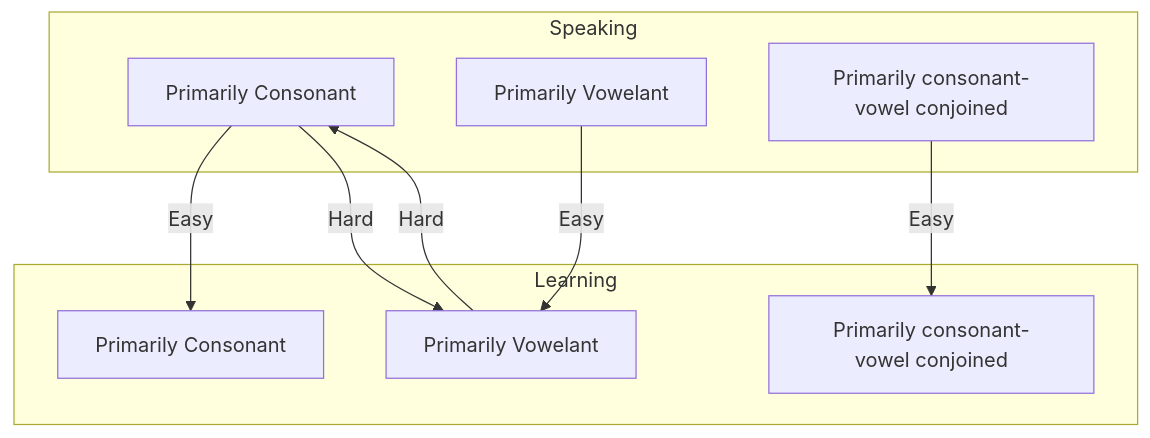
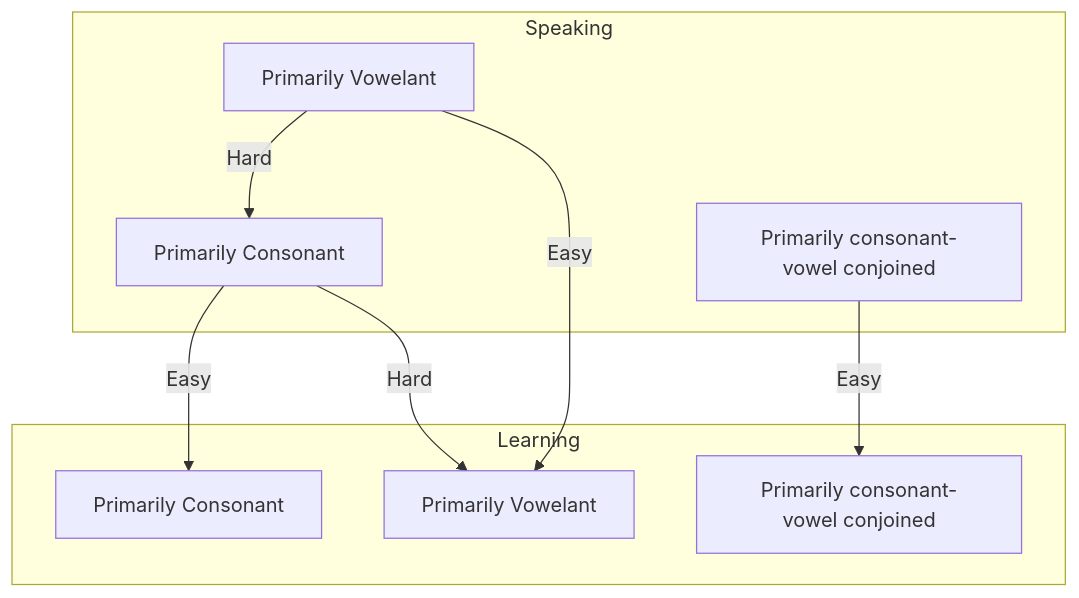
The diagram in general_communication_languages_categorization_for_learning.md (bendqh1/mermaid), drawn with Mermaid before and after one commit.

````diff
--- a/general_communication_languages_categorization_for_learning.md
+++ b/general_communication_languages_categorization_for_learning.md
@@ -11,23 +11,22 @@
 ```mermaid
 flowchart TD
 
   subgraph A [Speaking]
     A1[Primarily Consonant]
     A2[Primarily Vowelant]
     A3[Primarily consonant-vowel conjoined]
   end
 
   subgraph B [Learning]
     B1[Primarily Consonant]
     B2[Primarily Vowelant]
     B3[Primarily consonant-vowel conjoined]
   end
 
   A1 --> |Easy| B1
   A2 --> |Easy| B2
+  A3 --> |Easy| B3
 
   A1 --> |Hard| B2
-  B2 --> |Hard| A1
-
-  A3 --> |Easy| B3
+  A2 --> |Hard| A1  
 ```
````
